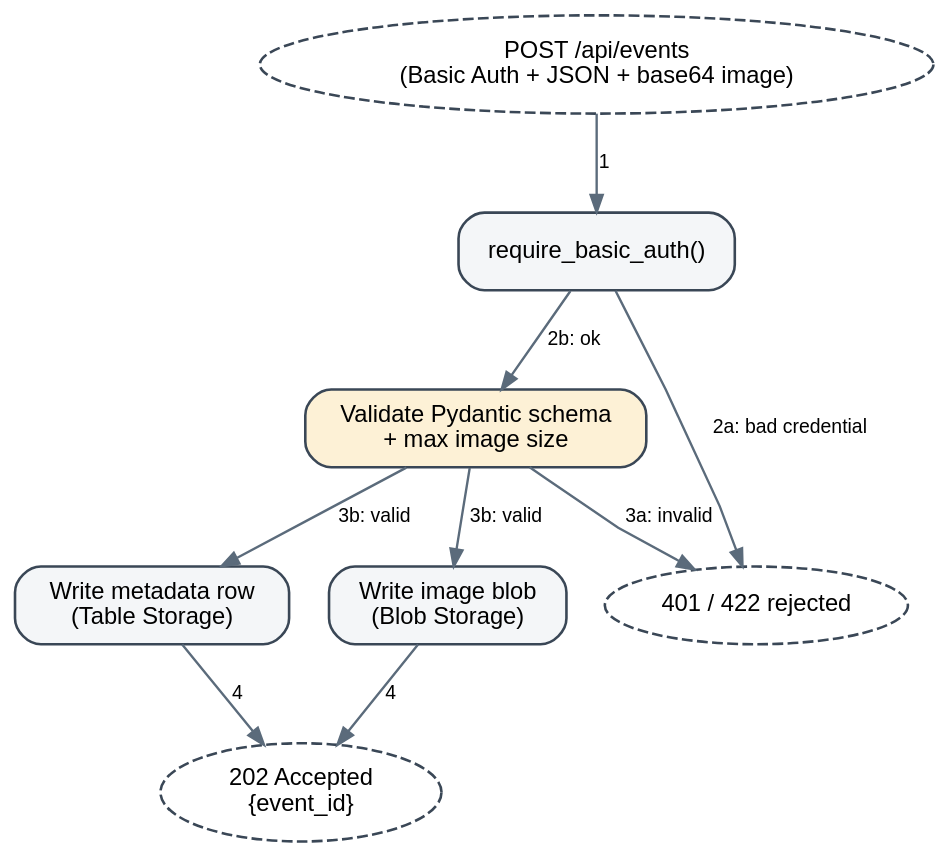
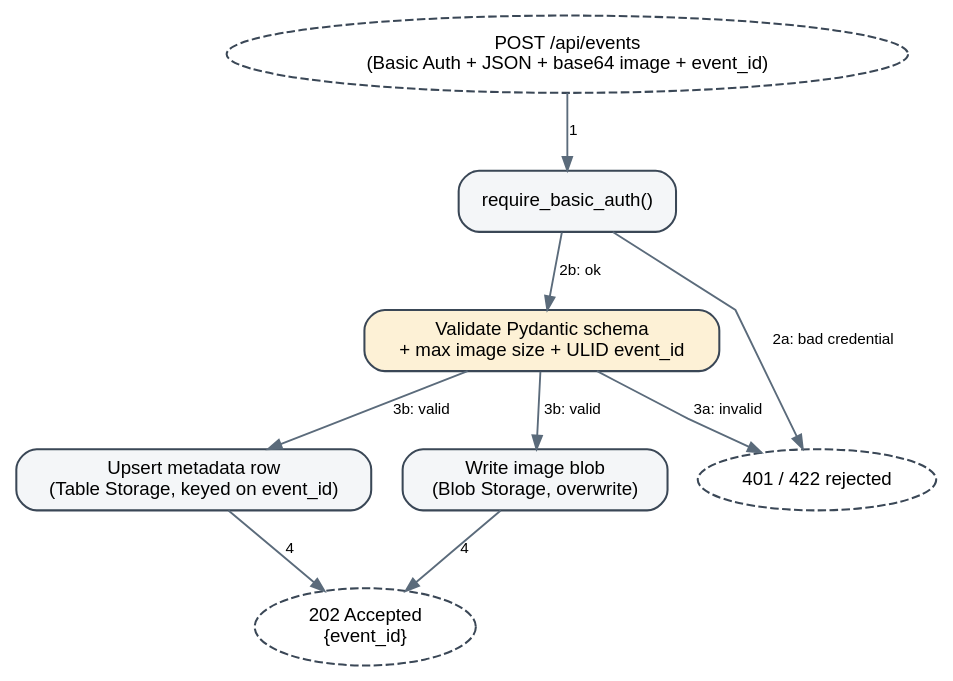
Before and after one commit to Industrial-Data-Science-AGH/SNN_Agent: the diagram in rpi_agents/docs/diagrams/F01-ingest-flow.dot, drawn with Graphviz. The commit also changed 15 other files, not shown here.

```diff
--- a/rpi_agents/docs/diagrams/F01-ingest-flow.dot
+++ b/rpi_agents/docs/diagrams/F01-ingest-flow.dot
@@ -1,28 +1,28 @@
 digraph f01_flow {
   rankdir=TB;
   size="6.5,9!";
   ratio=compress;
   bgcolor="transparent";
   splines=polyline;
   node [shape=box, style="rounded,filled", fillcolor="#F4F6F8",
         color="#3A4756", fontname="Helvetica", fontsize=11, penwidth=1.2];
   edge [color="#5B6B7B", fontname="Helvetica", fontsize=9, penwidth=1.1,
         arrowsize=0.8];
 
-  req    [label="POST /api/events\n(Basic Auth + JSON + base64 image)", shape=ellipse, style=dashed];
+  req    [label="POST /api/events\n(Basic Auth + JSON + base64 image + event_id)", shape=ellipse, style=dashed];
   authck [label="require_basic_auth()"];
-  schema [label="Validate Pydantic schema\n+ max image size", fillcolor="#FDF1D6"];
-  writet [label="Write metadata row\n(Table Storage)"];
-  writeb [label="Write image blob\n(Blob Storage)"];
+  schema [label="Validate Pydantic schema\n+ max image size + ULID event_id", fillcolor="#FDF1D6"];
+  writet [label="Upsert metadata row\n(Table Storage, keyed on event_id)"];
+  writeb [label="Write image blob\n(Blob Storage, overwrite)"];
   resp   [label="202 Accepted\n{event_id}", shape=ellipse, style=dashed];
   reject [label="401 / 422 rejected", shape=ellipse, style=dashed];
 
   req    -> authck [label="1"];
   authck -> reject  [label="2a: bad credential"];
   authck -> schema  [label="2b: ok"];
   schema -> reject  [label="3a: invalid"];
   schema -> writet  [label="3b: valid"];
   schema -> writeb  [label="3b: valid"];
   writet -> resp    [label="4"];
   writeb -> resp    [label="4"];
 }
```
